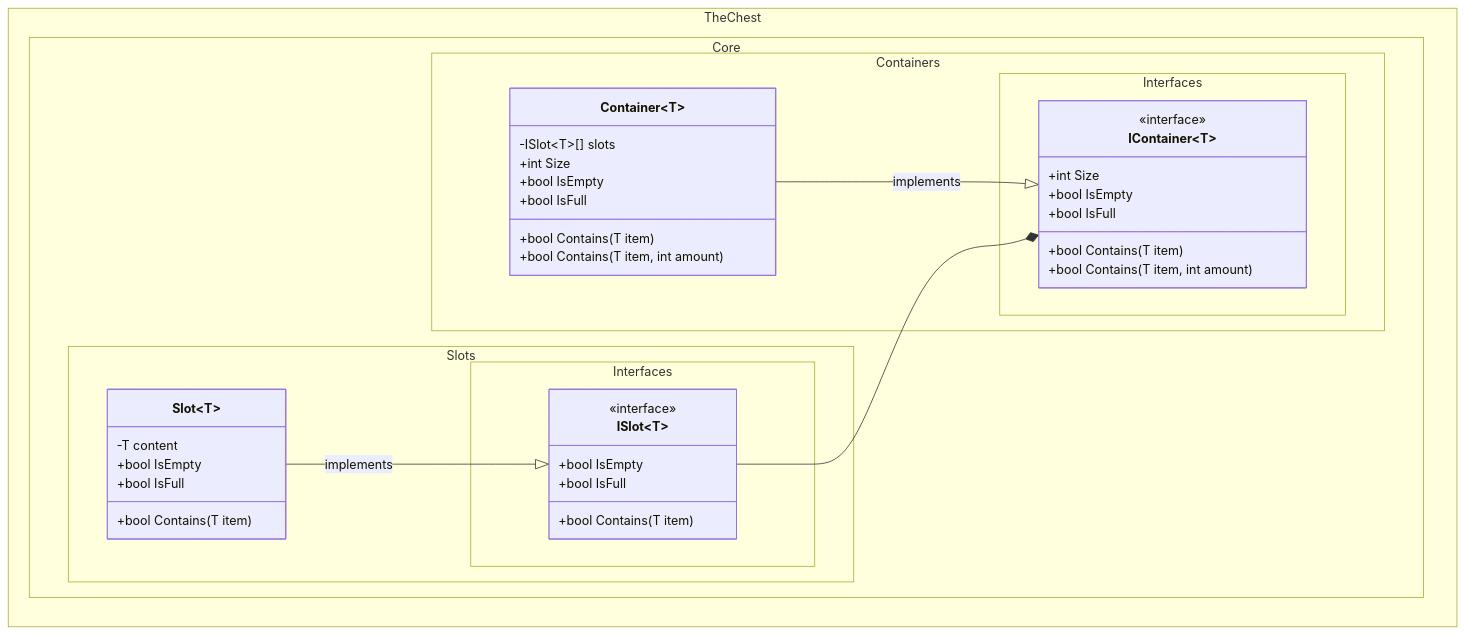
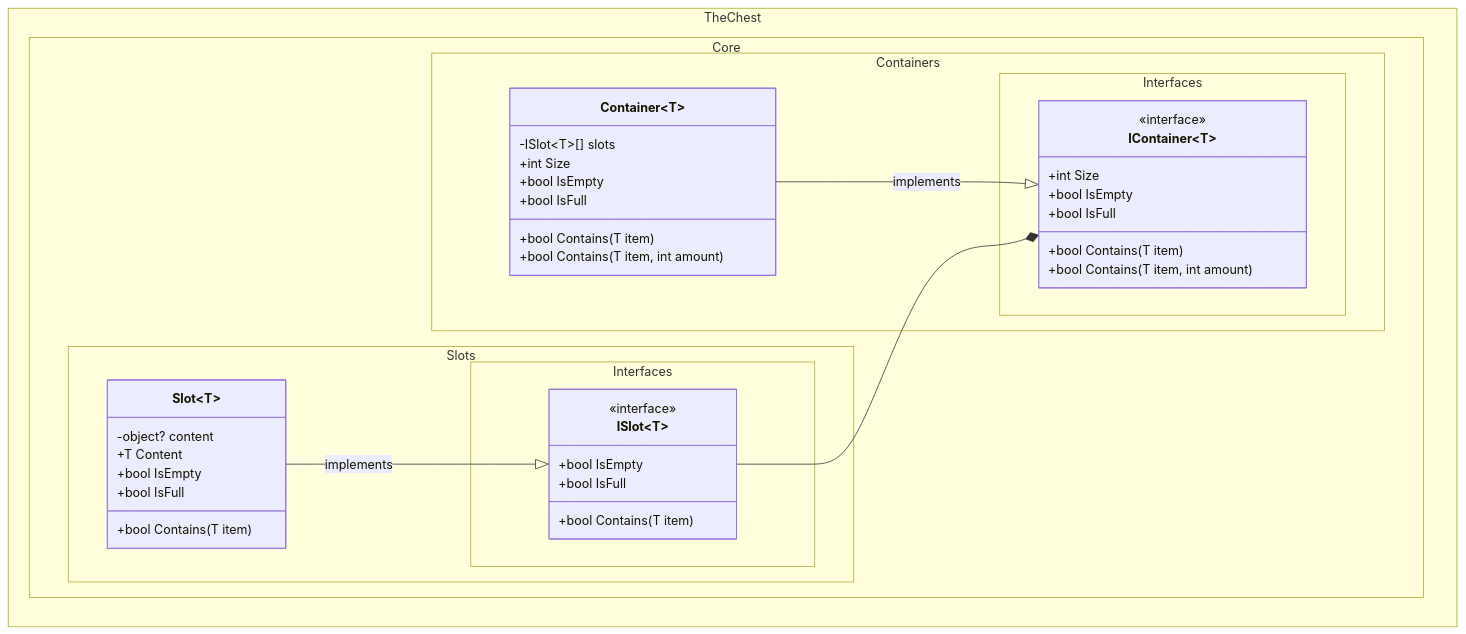
One commit to The-Chest/TheChest.Core changed the first of 3 diagrams in docs/class_diagram.md. Above: the diagram before and after it, drawn with Mermaid. The commit also changed other lines of this file and 99 other files, not shown here.

````diff
--- a/docs/class_diagram.md
+++ b/docs/class_diagram.md
@@ -9,52 +9,53 @@
 ```mermaid
 ---
 config:
   theme: mc
   look: classic
   class:
     hideEmptyMembersBox: true
 ---
 classDiagram
 direction BT
 	namespace TheChest.Core.Containers.Interfaces {
         class IContainer~T~ {
 	        +int Size
 	        +bool IsEmpty
 	        +bool IsFull
 	        +bool Contains(T item)
 			+bool Contains(T item, int amount)
         }
 	}
 	namespace TheChest.Core.Slots.Interfaces {
         class ISlot~T~ {
 	        +bool IsEmpty
 	        +bool IsFull
 	        +bool Contains(T item)
         }
 	}
 	namespace TheChest.Core.Containers {
         class Container~T~ {
 			-ISlot~T~[] slots
 	        +int Size
 	        +bool IsEmpty
 	        +bool IsFull
 	        +bool Contains(T item)
 			+bool Contains(T item, int amount)
         }
 	}
 	namespace TheChest.Core.Slots {
         class Slot~T~ {
-			-T content
+			-object? content
+			+T Content
 			+bool IsEmpty
 			+bool IsFull
 			+bool Contains(T item)
         }
 	}
 
 	<<interface>> IContainer
 	<<interface>> ISlot
 
     Container --|> IContainer : implements
     ISlot --* IContainer
     Slot --|> ISlot : implements
 ```
````
